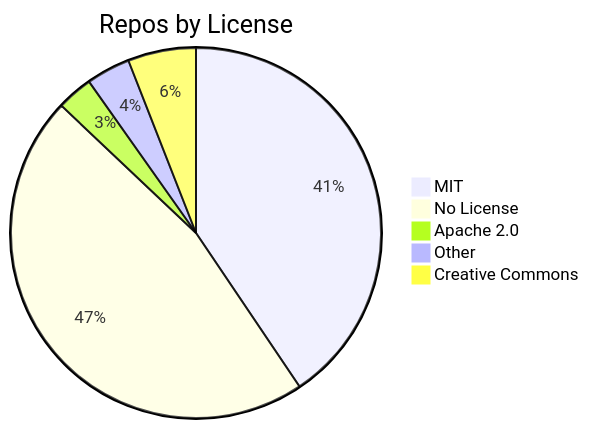
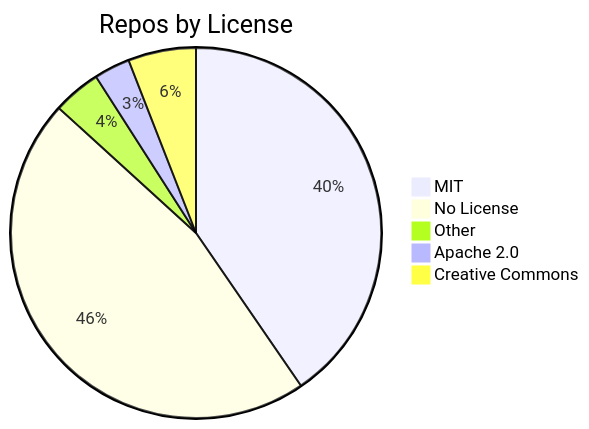
One commit to jpatterson933/awesome-mcp-server-repo-index changed the diagram in README.md. Above: the diagram before and after it, drawn with Mermaid. The commit also changed other lines of this file and 3 other files, not shown here.

````diff
--- a/README.md
+++ b/README.md
@@ -29,8 +29,8 @@
 ```mermaid
 pie title Repos by License
     "MIT" : 116
     "No License" : 133
+    "Other" : 12
     "Apache 2.0" : 9
-    "Other" : 11
     "Creative Commons" : 17
 ```
````
